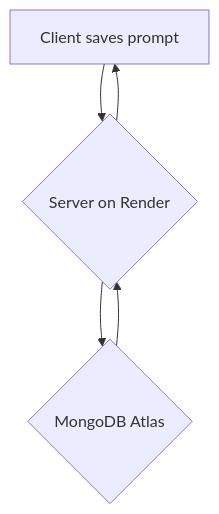
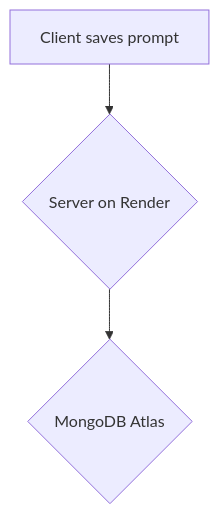
Before and after one commit to Full-Stack-Fluency/OpenImg-FrontEnd: the second of 3 diagrams in README.md, drawn with Mermaid. The commit also changed other lines of this file, not shown here.

````diff
--- a/README.md
+++ b/README.md
@@ -13,7 +13,5 @@
 ```mermaid
 flowchart TD
     A[Client saves prompt] --> B{Server on Render};
     B --> C{MongoDB Atlas};
-    C --> B;
-    B --> A;
 ```
````
